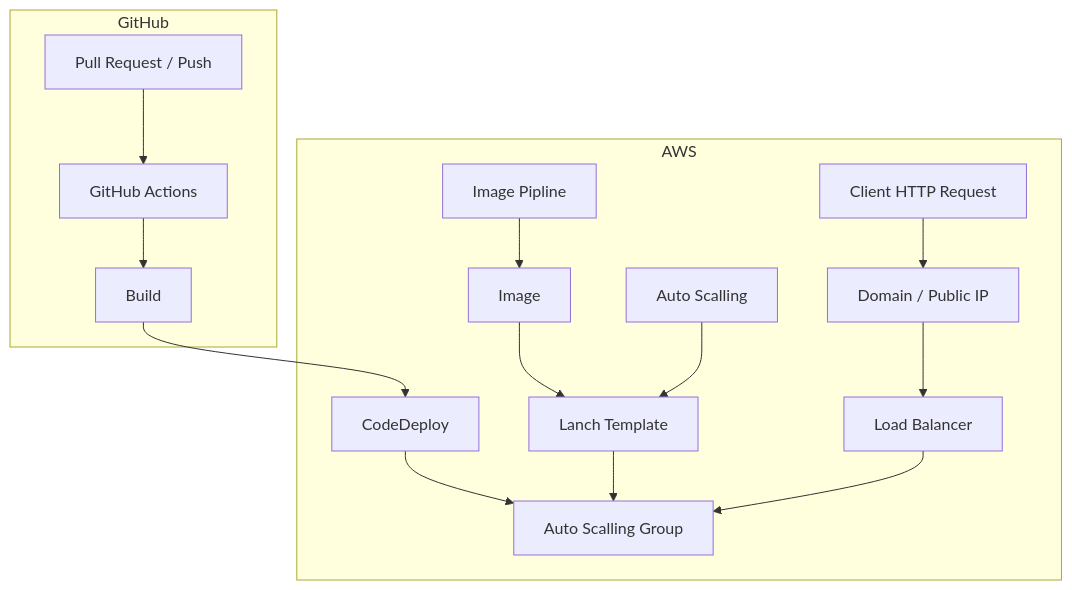
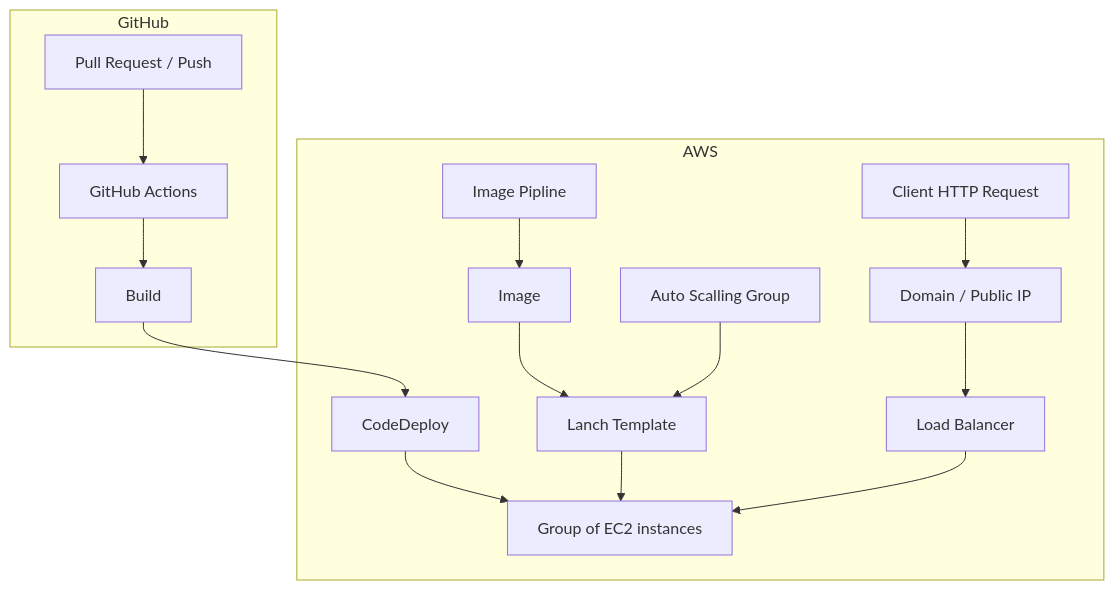
The second of 3 diagrams in README.md (omer-priel/madabclick), drawn with Mermaid before and after one commit. The commit also changed other lines of this file, not shown here.

````diff
--- a/README.md
+++ b/README.md
@@ -30,15 +30,15 @@
 ```mermaid
 flowchart TD
-    subgraph GitHub
-        PR[Pull Request / Push] --> GA[GitHub Actions] --> Build 
-    end
+  subgraph GitHub
+    PR[Pull Request / Push] --> GA[GitHub Actions] --> Build 
+  end
 
-    subgraph AWS
-        CodeDeploy --> ASG[Auto Scalling Group]
-        IP[Image Pipline] --> Image --> LT[Lanch Template]
-        AS[Auto Scalling] --> LT --> ASG
-        CHR[Client HTTP Request] --> Domain[Domain / Public IP] --> LB[Load Balancer] --> ASG
-    end
+  subgraph AWS
+    CodeDeploy --> EC2[Group of EC2 instances]
+    IP[Image Pipline] --> Image --> LT[Lanch Template]
+    ASG[Auto Scalling Group] --> LT --> EC2
+    CHR[Client HTTP Request] --> Domain[Domain / Public IP] --> LB[Load Balancer] --> EC2
+  end
     
-    Build --> CodeDeploy
+  Build --> CodeDeploy
 ```
````
